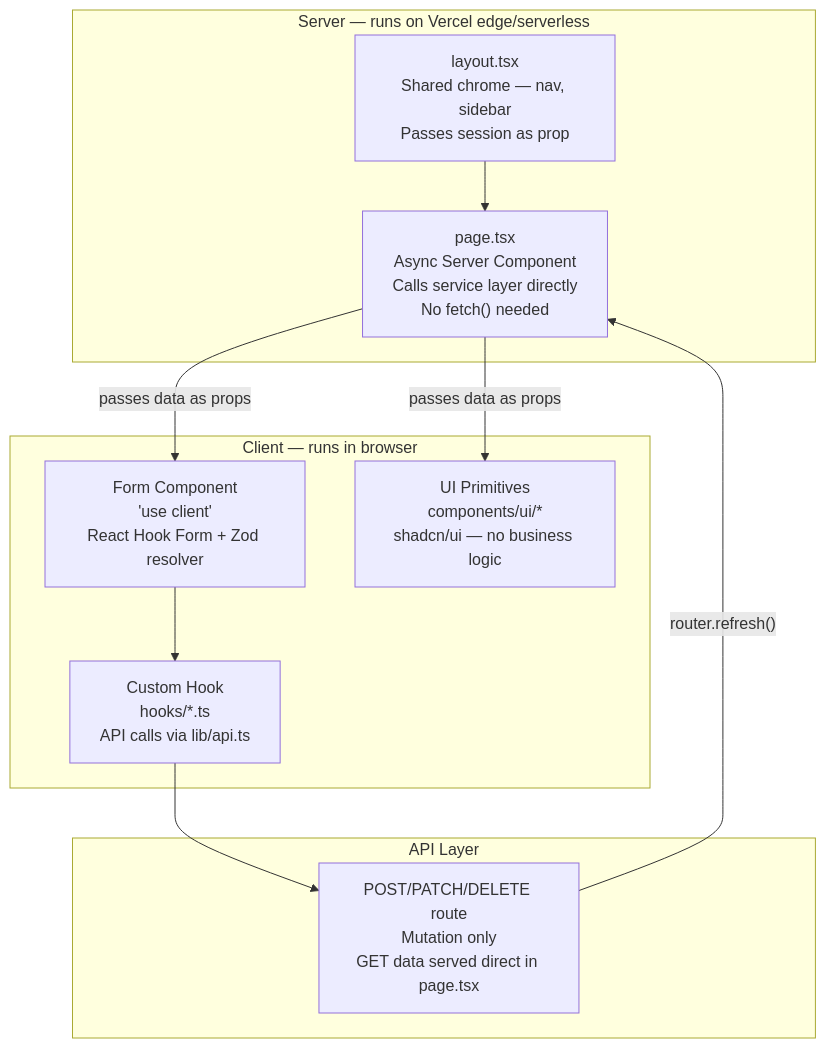
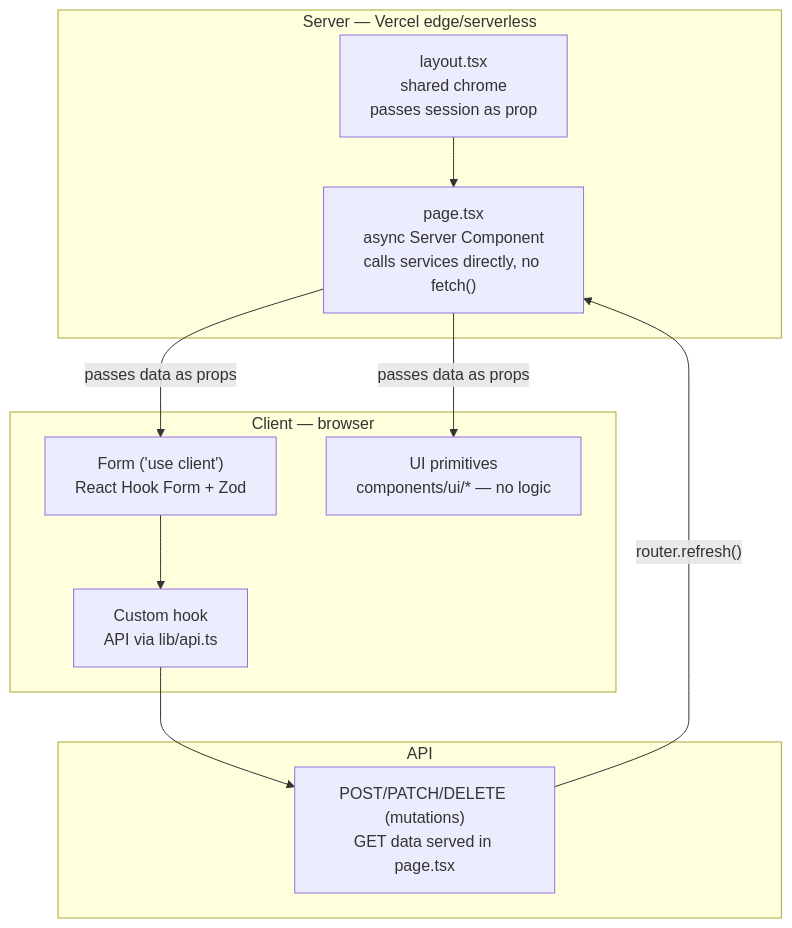
The diagram in docs/constitutions/frontend.md (KSDRILL-SA/Xkimi-Xa-Mali), drawn with Mermaid before and after one commit. The commit also changed 10 other files, not shown here.

````diff
--- a/docs/constitutions/frontend.md
+++ b/docs/constitutions/frontend.md
@@ -63,23 +63,21 @@
 ```mermaid
 flowchart TD
-    subgraph SERVER["Server — runs on Vercel edge/serverless"]
-        PAGE["page.tsx\nAsync Server Component\nCalls service layer directly\nNo fetch() needed"]
-        LAYOUT["layout.tsx\nShared chrome — nav, sidebar\nPasses session as prop"]
+    subgraph SERVER["Server — Vercel edge/serverless"]
+        PAGE["page.tsx<br/>async Server Component<br/>calls services directly, no fetch()"]
+        LAYOUT["layout.tsx<br/>shared chrome<br/>passes session as prop"]
     end
-
-    subgraph CLIENT["Client — runs in browser"]
-        FORM["Form Component\n'use client'\nReact Hook Form + Zod resolver"]
-        HOOK["Custom Hook\nhooks/*.ts\nAPI calls via lib/api.ts"]
-        UI["UI Primitives\ncomponents/ui/*\nshadcn/ui — no business logic"]
+    subgraph CLIENT["Client — browser"]
+        FORM["Form ('use client')<br/>React Hook Form + Zod"]
+        HOOK["Custom hook<br/>API via lib/api.ts"]
+        UI["UI primitives<br/>components/ui/* — no logic"]
     end
-
-    subgraph API["API Layer"]
-        APIROUTE["POST/PATCH/DELETE route\nMutation only\nGET data served direct in page.tsx"]
+    subgraph API["API"]
+        APIROUTE["POST/PATCH/DELETE (mutations)<br/>GET data served in page.tsx"]
     end
 
     PAGE -->|"passes data as props"| FORM
     PAGE -->|"passes data as props"| UI
     LAYOUT --> PAGE
     FORM --> HOOK --> APIROUTE
     APIROUTE -->|"router.refresh()"| PAGE
 ```
````
